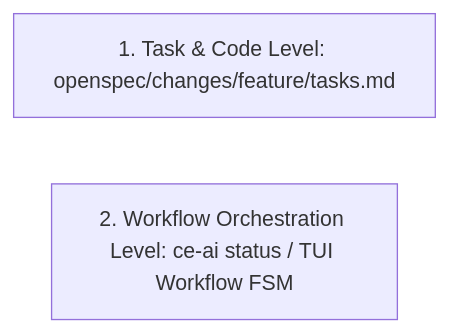
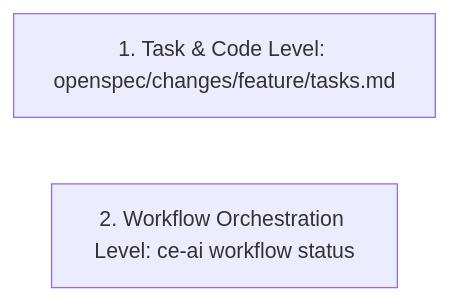
One commit to mastepanoski/ce-ai changed the third of 3 diagrams in docs/user-guide/compound-engineering-workflow-explained.md. Above: the diagram before and after it, drawn with Mermaid. The commit also changed other lines of this file and 37 other files, not shown here.

````diff
--- a/docs/user-guide/compound-engineering-workflow-explained.md
+++ b/docs/user-guide/compound-engineering-workflow-explained.md
@@ -108,5 +108,5 @@
 ```mermaid
 flowchart LR
     TASK_LEVEL["1. Task & Code Level: openspec/changes/feature/tasks.md"]
-    WORKFLOW_LEVEL["2. Workflow Orchestration Level: ce-ai status / TUI Workflow FSM"]
+    WORKFLOW_LEVEL["2. Workflow Orchestration Level: ce-ai workflow status"]
 ```
````
